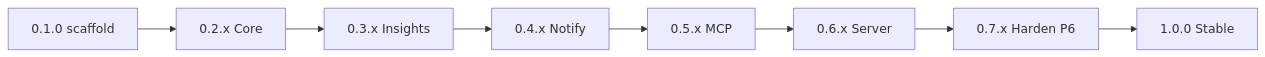
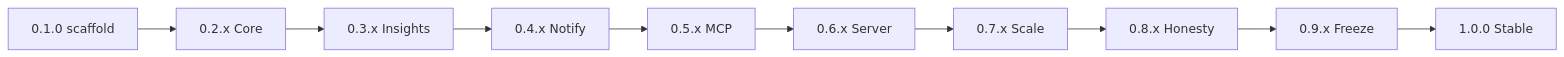
One commit to hrodrig/kpm changed the diagram in docs/ROADMAP.md. Above: the diagram before and after it, drawn with Mermaid. The commit also changed other lines of this file and 2 other files, not shown here.

First line of the commit message:
docs: open 0.7 Scale band plan and roadmap split

````diff
--- a/docs/ROADMAP.md
+++ b/docs/ROADMAP.md
@@ -31,10 +33,12 @@
 ```mermaid
 flowchart LR
   scaffold["0.1.0 scaffold"] --> core["0.2.x Core"]
   core --> insights["0.3.x Insights"]
   insights --> notify["0.4.x Notify"]
   notify --> mcp["0.5.x MCP"]
   mcp --> server["0.6.x Server"]
-  server --> harden["0.7.x Harden P6"]
-  harden --> v1["1.0.0 Stable"]
+  server --> scale["0.7.x Scale"]
+  scale --> honesty["0.8.x Honesty"]
+  honesty --> freeze["0.9.x Freeze"]
+  freeze --> v1["1.0.0 Stable"]
 ```
````
